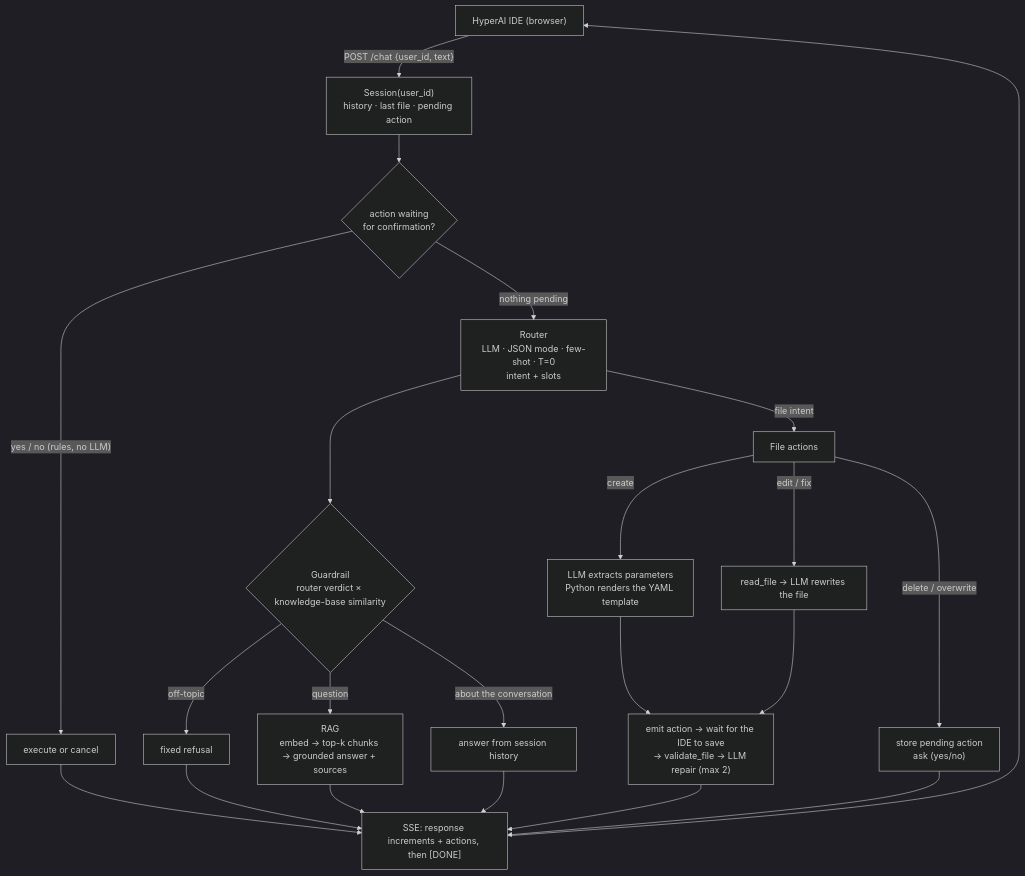
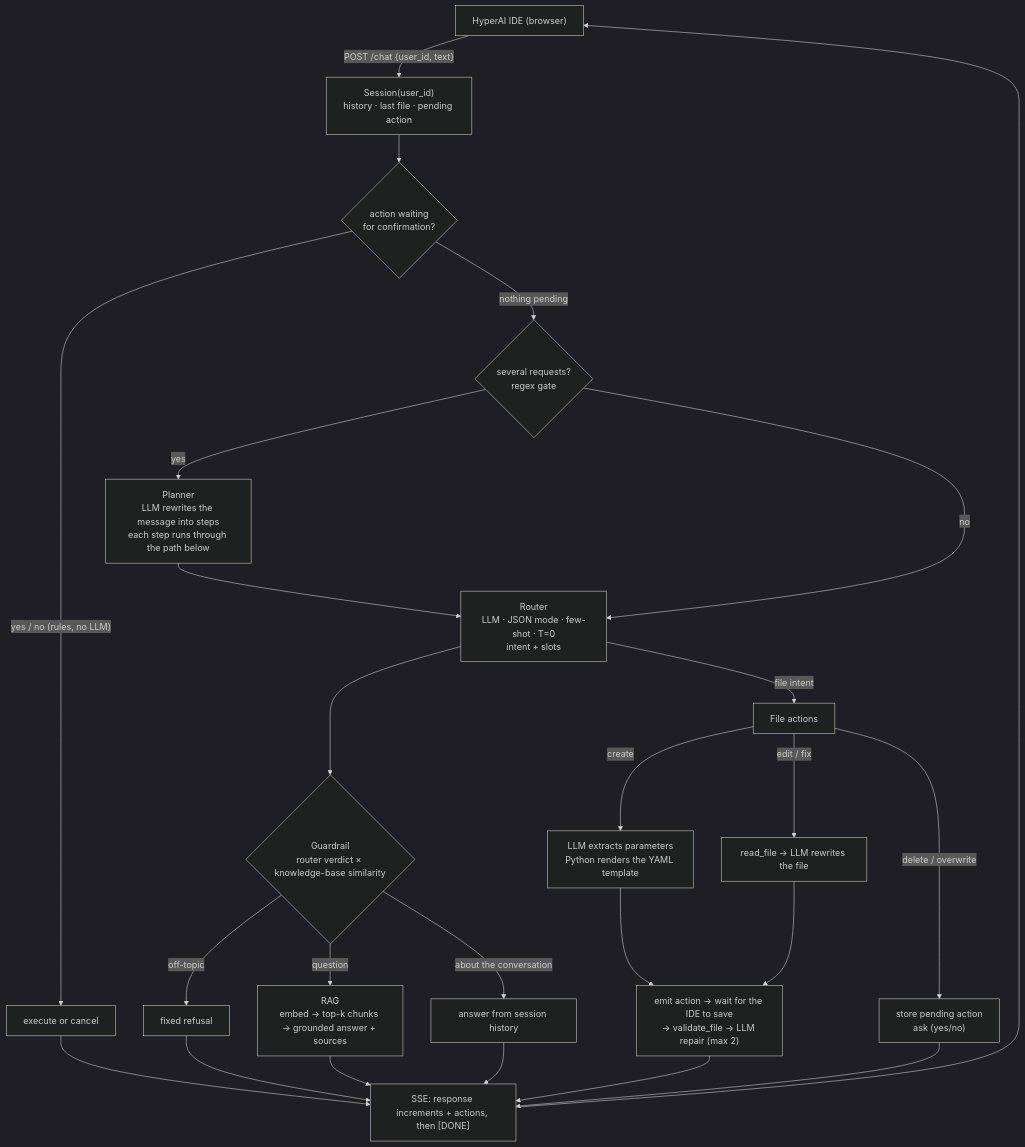
One commit to pe-oria/veles-hack-2026-hyperion changed the diagram in README.md. Above: the diagram before and after it, drawn with Mermaid (dark theme). The commit also changed other lines of this file, not shown here.

Commit message:
README: multi-step, scope, and measured results

````diff
--- a/README.md
+++ b/README.md
@@ -71,24 +91,27 @@
 ```mermaid
 flowchart TD
     IDE["HyperAI IDE (browser)"] -- "POST /chat {user_id, text}" --> S["Session(user_id)<br/>history · last file · pending action"]
     S --> P{"action waiting<br/>for confirmation?"}
     P -- "yes / no (rules, no LLM)" --> X["execute or cancel"]
-    P -- "nothing pending" --> R["Router<br/>LLM · JSON mode · few-shot · T=0<br/>intent + slots"]
+    P -- "nothing pending" --> M{"several requests?<br/>regex gate"}
+    M -- "yes" --> PL["Planner<br/>LLM rewrites the message into steps<br/>each step runs through the path below"]
+    PL --> R
+    M -- "no" --> R["Router<br/>LLM · JSON mode · few-shot · T=0<br/>intent + slots"]
     R --> G{"Guardrail<br/>router verdict × knowledge-base similarity"}
     G -- off-topic --> REF["fixed refusal"]
     G -- question --> RAG["RAG<br/>embed → top-k chunks → grounded answer + sources"]
     G -- "about the conversation" --> MEM["answer from session history"]
     R -- "file intent" --> F["File actions"]
     F -- "create" --> T["LLM extracts parameters<br/>Python renders the YAML template"]
     F -- "edit / fix" --> E["read_file → LLM rewrites the file"]
     F -- "delete / overwrite" --> C["store pending action<br/>ask (yes/no)"]
     T --> V["emit action → wait for the IDE to save<br/>→ validate_file → LLM repair (max 2)"]
     E --> V
     X --> OUT["SSE: response increments + actions, then [DONE]"]
     REF --> OUT
     RAG --> OUT
     MEM --> OUT
     V --> OUT
     C --> OUT
     OUT --> IDE
 ```
````
